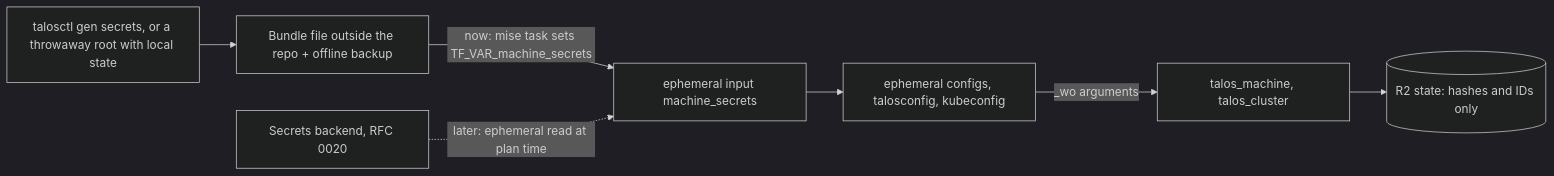
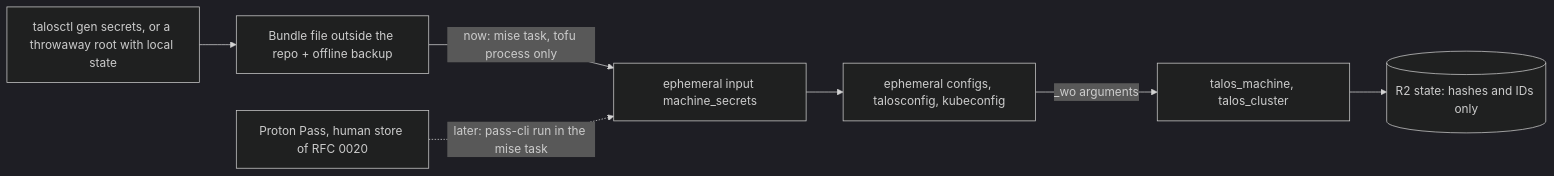
One commit to gsuquet/infra changed the third of 6 diagrams in docs/rfc/0025-talos-raspberry-pi.md. Above: the diagram before and after it, drawn with Mermaid (dark theme). The commit also changed other lines of this file, not shown here.

First line of the commit message:
docs(rfc): address challenge review of RFC 0025

````diff
--- a/docs/rfc/0025-talos-raspberry-pi.md
+++ b/docs/rfc/0025-talos-raspberry-pi.md
@@ -260,9 +271,9 @@
 ```mermaid
 flowchart LR
   gen["talosctl gen secrets, or a throwaway root with local state"] --> file["Bundle file outside the repo + offline backup"]
-  file -- "now: mise task sets TF_VAR_machine_secrets" --> var["ephemeral input machine_secrets"]
-  backend["Secrets backend, RFC 0020"] -. "later: ephemeral read at plan time" .-> var
+  file -- "now: mise task, tofu process only" --> var["ephemeral input machine_secrets"]
+  pp["Proton Pass, human store of RFC 0020"] -. "later: pass-cli run in the mise task" .-> var
   var --> cfg["ephemeral configs, talosconfig, kubeconfig"]
   cfg -- "_wo arguments" --> res["talos_machine, talos_cluster"]
   res --> state[("R2 state: hashes and IDs only")]
 ```
````
